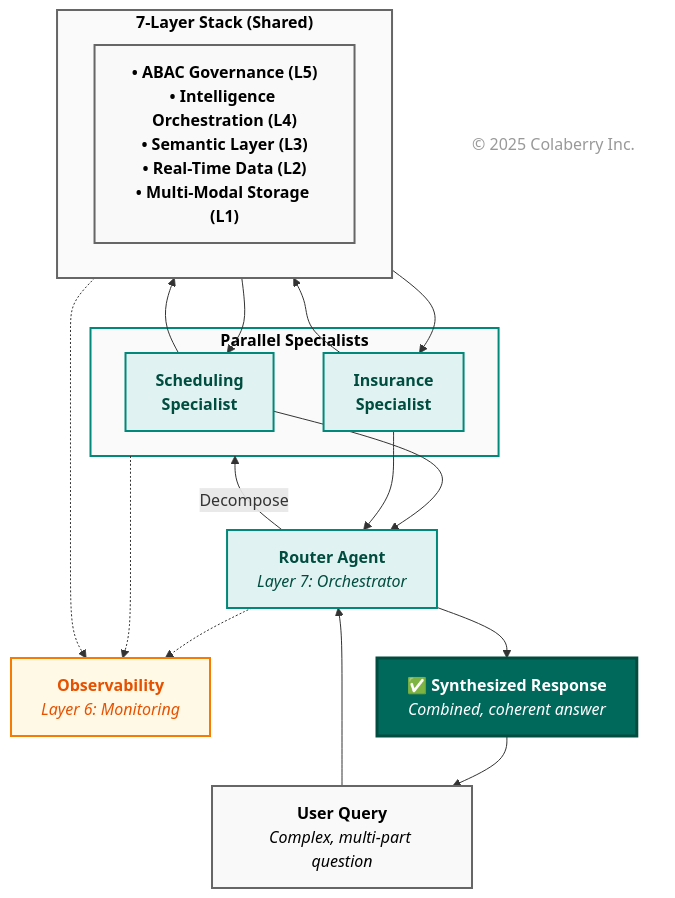
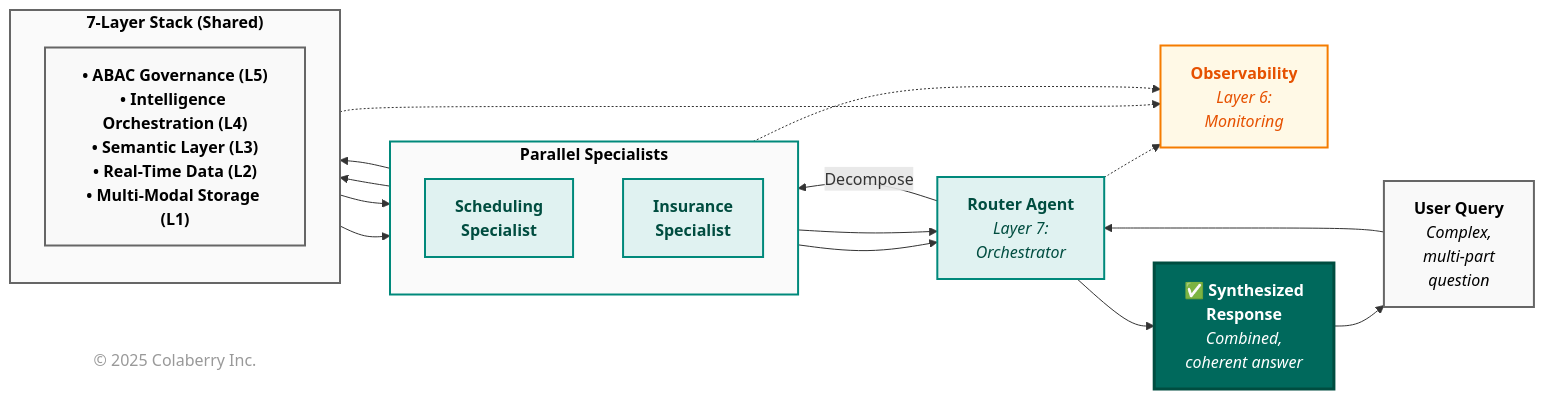
Diagram 16 of 18 in chapter-01/chapter_1_complete.md (colaberry/enterprise-data-readiness-ai-agents), drawn with Mermaid before and after one commit. The commit also changed other lines of this file, not shown here.

First line of the commit message:
diagrams made efficient with space

````diff
--- a/chapter-01/chapter_1_complete.md
+++ b/chapter-01/chapter_1_complete.md
@@ -2727,55 +2711,54 @@
 ```mermaid
-graph TB
-    U["<b>User Query</b><br/><i>Complex, multi-part question</i>"]
+graph LR
+    U["<b>User Query</b><br/><i>Complex,<br/>multi-part<br/>question</i>"]
     
-    R["<b>Router Agent</b><br/><i>Layer 7: Orchestrator</i>"]
+    R["<b>Router Agent</b><br/><i>Layer 7:<br/>Orchestrator</i>"]
     
     subgraph parallel["<b>Parallel Specialists</b>"]
+        direction TB
         S1["<b>Scheduling<br/>Specialist</b>"]
         S2["<b>Insurance<br/>Specialist</b>"]
     end
     
     subgraph stack["<b>7-Layer Stack (Shared)</b>"]
         ST["<b>• ABAC Governance (L5)</b><br/><b>• Intelligence Orchestration (L4)</b><br/><b>• Semantic Layer (L3)</b><br/><b>• Real-Time Data (L2)</b><br/><b>• Multi-Modal Storage (L1)</b>"]
     end
     
-    O["<b>Observability</b><br/><i>Layer 6: Monitoring</i>"]
+    O["<b>Observability</b><br/><i>Layer 6:<br/>Monitoring</i>"]
     
-    RESP["<b>✅ Synthesized Response</b><br/><i>Combined, coherent answer</i>"]
+    RESP["<b>✅ Synthesized<br/>Response</b><br/><i>Combined,<br/>coherent answer</i>"]
     
     U --> R
     R -->|Decompose| parallel
     S1 --> stack
     S2 --> stack
     stack --> S1
     stack --> S2
     S1 --> R
     S2 --> R
     R --> RESP
     RESP --> U
     
     R -.-> O
     parallel -.-> O
     stack -.-> O
-    
-    %% Link styling
     
     style U fill:#f9f9f9,stroke:#666666,stroke-width:2px,color:#000000
     style R fill:#e0f2f1,stroke:#00897b,stroke-width:2px,color:#004d40
     
     style parallel fill:#fafafa,stroke:#00897b,stroke-width:2px,color:#000000
     style S1 fill:#e0f2f1,stroke:#00897b,stroke-width:2px,color:#004d40
     style S2 fill:#e0f2f1,stroke:#00897b,stroke-width:2px,color:#004d40
     
     style stack fill:#fafafa,stroke:#666666,stroke-width:2px,color:#000000
     style ST fill:#f9f9f9,stroke:#666666,stroke-width:2px,color:#000000
     
     style O fill:#fff9e6,stroke:#f57c00,stroke-width:2px,color:#e65100
     style RESP fill:#00695c,color:#ffffff,stroke:#004d40,stroke-width:3px
 
     %% Copyright Notice
     CR["© 2025 Colaberry Inc."]
     style CR fill:none,stroke:none,color:#999999
 
 
 ```
````
